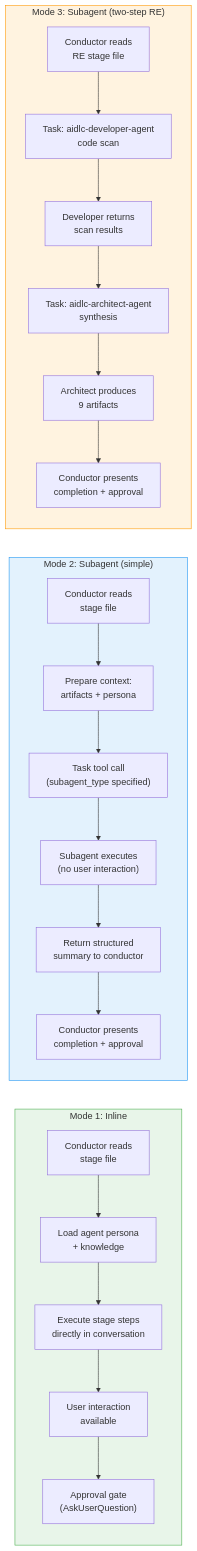
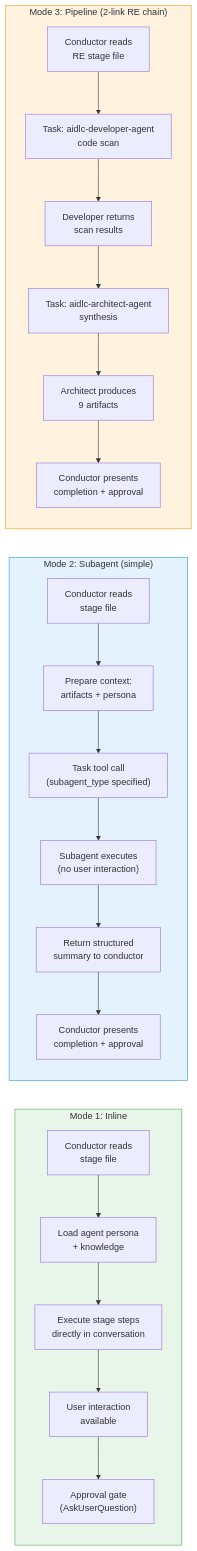
The second of 4 diagrams in docs/reference/01-architecture.md (awslabs/aidlc-workflows), drawn with Mermaid before and after one commit. The commit also changed other lines of this file and 143 other files, not shown here.

````diff
--- a/docs/reference/01-architecture.md
+++ b/docs/reference/01-architecture.md
@@ -169,38 +169,38 @@
 ```mermaid
 flowchart LR
     subgraph INLINE["Mode 1: Inline"]
         direction TB
         IN1["Conductor reads\nstage file"]
         IN2["Load agent persona\n+ knowledge"]
         IN3["Execute stage steps\ndirectly in conversation"]
         IN4["User interaction\navailable"]
         IN5["Approval gate\n(AskUserQuestion)"]
         IN1 --> IN2 --> IN3 --> IN4 --> IN5
     end
 
     subgraph SUBAGENT["Mode 2: Subagent (simple)"]
         direction TB
         SA1["Conductor reads\nstage file"]
         SA2["Prepare context:\nartifacts + persona"]
         SA3["Task tool call\n(subagent_type specified)"]
         SA4["Subagent executes\n(no user interaction)"]
         SA5["Return structured\nsummary to conductor"]
         SA6["Conductor presents\ncompletion + approval"]
         SA1 --> SA2 --> SA3 --> SA4 --> SA5 --> SA6
     end
 
-    subgraph TWOSTEP["Mode 3: Subagent (two-step RE)"]
+    subgraph TWOSTEP["Mode 3: Pipeline (2-link RE chain)"]
         direction TB
         TS1["Conductor reads\nRE stage file"]
         TS2["Task: aidlc-developer-agent\ncode scan"]
         TS3["Developer returns\nscan results"]
         TS4["Task: aidlc-architect-agent\nsynthesis"]
         TS5["Architect produces\n9 artifacts"]
         TS6["Conductor presents\ncompletion + approval"]
         TS1 --> TS2 --> TS3 --> TS4 --> TS5 --> TS6
     end
 
     style INLINE fill:#e8f5e9,stroke:#4caf50
     style SUBAGENT fill:#e3f2fd,stroke:#2196f3
     style TWOSTEP fill:#fff3e0,stroke:#ff9800
 ```
````
